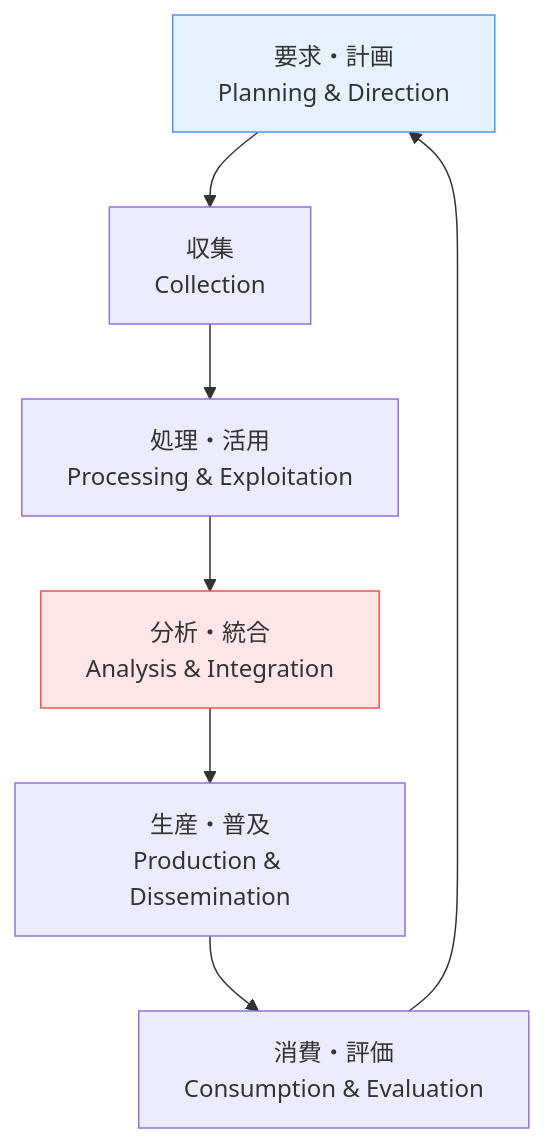
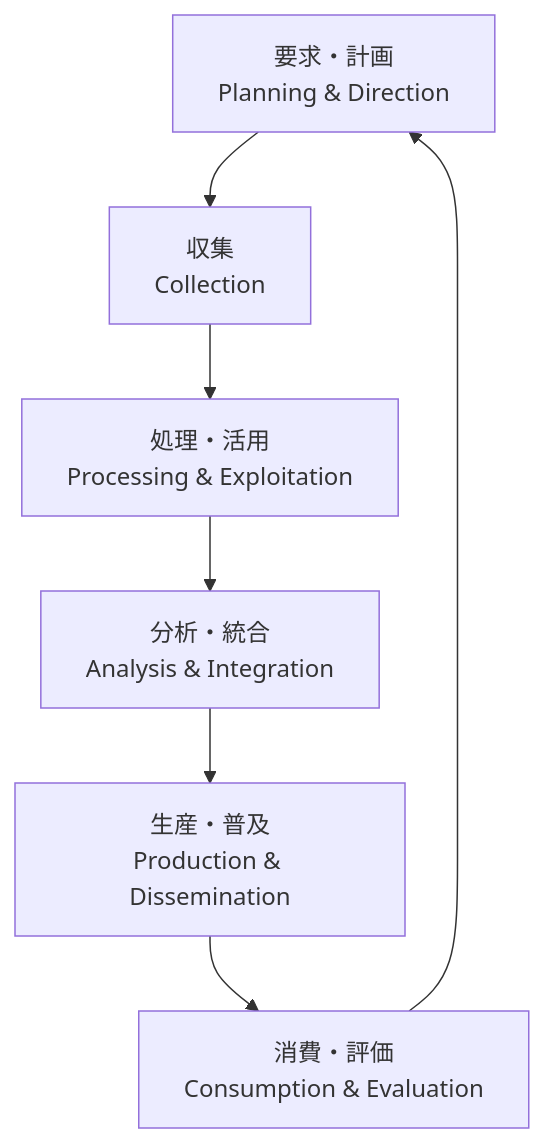
One commit to shuji-bonji/Situational-Awareness-and-Decision-Making changed the second of 8 diagrams in docs/applications/military-sa.md. Above: the diagram before and after it, drawn with Mermaid. The commit also changed other lines of this file and 49 other files, not shown here.

Commit message:
fix: ダークモードで見づらい図の色の変更

````diff
--- a/docs/applications/military-sa.md
+++ b/docs/applications/military-sa.md
@@ -107,12 +107,12 @@
     ```mermaid
     graph TD
         A[要求・計画<br>Planning & Direction] --> B[収集<br>Collection]
         B --> C[処理・活用<br>Processing & Exploitation]
         C --> D[分析・統合<br>Analysis & Integration]
         D --> E[生産・普及<br>Production & Dissemination]
         E --> F[消費・評価<br>Consumption & Evaluation]
         F --> A
         
-        style A fill:#e6f2ff,stroke:#4d94ff
-        style D fill:#ffe6e6,stroke:#ff4d4d
+    
+    
     ```
````
